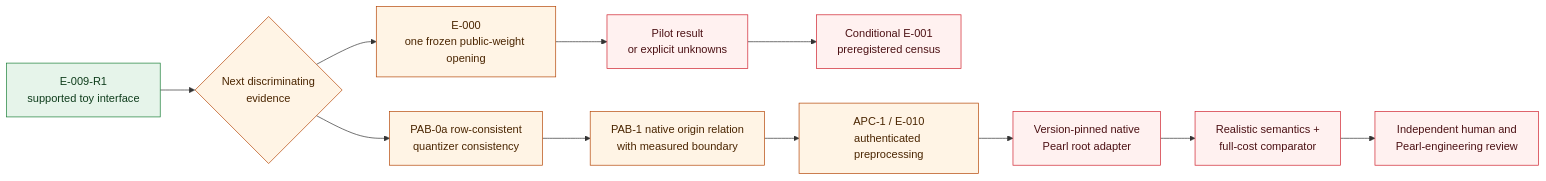
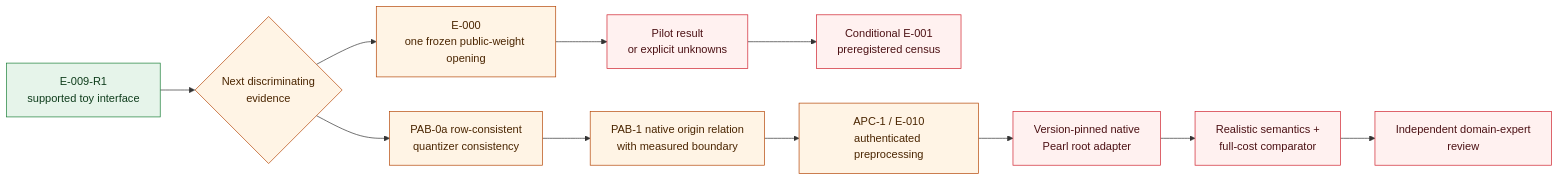
The second of 2 diagrams in README.md (manfromnowhere143/aeye), drawn with Mermaid before and after one commit. The commit also changed other lines of this file and 42 other files, not shown here.

````diff
--- a/README.md
+++ b/README.md
@@ -245,23 +255,23 @@
 ```mermaid
 flowchart LR
     accTitle: Aeye evidence program after E-009
     accDescr: The supported toy result branches into an empirical Pearl public-weight census and a Pearl-native binding analysis. Only after those boundaries are fixed does authenticated preprocessing lead toward an actual Pearl adapter, realistic semantics, and independent review.
 
     R1["E-009-R1<br/>supported toy interface"] --> C{"Next discriminating<br/>evidence"}
     C --> E0["E-000<br/>one frozen public-weight opening"]
     C --> BM["PAB-0a row-consistent<br/>quantizer consistency"]
     E0 --> ER["Pilot result<br/>or explicit unknowns"]
     ER --> E1["Conditional E-001<br/>preregistered census"]
     BM --> PAB["PAB-1 native origin relation<br/>with measured boundary"]
     PAB --> APC["APC-1 / E-010<br/>authenticated preprocessing"]
     APC --> P["Version-pinned native<br/>Pearl root adapter"]
     P --> S["Realistic semantics +<br/>full-cost comparator"]
-    S --> V["Independent human and<br/>Pearl-engineering review"]
+    S --> V["Independent domain-expert<br/>review"]
 
     classDef supported fill:#e6f4ea,stroke:#1a7f37,color:#0f3d1c;
     classDef proposed fill:#fff4e5,stroke:#b54708,color:#4a2500;
     classDef blocked fill:#fff1f0,stroke:#cf222e,color:#4c1114;
     class R1 supported;
     class C,E0,BM,PAB,APC proposed;
     class ER,E1,P,S,V blocked;
 ```
````
